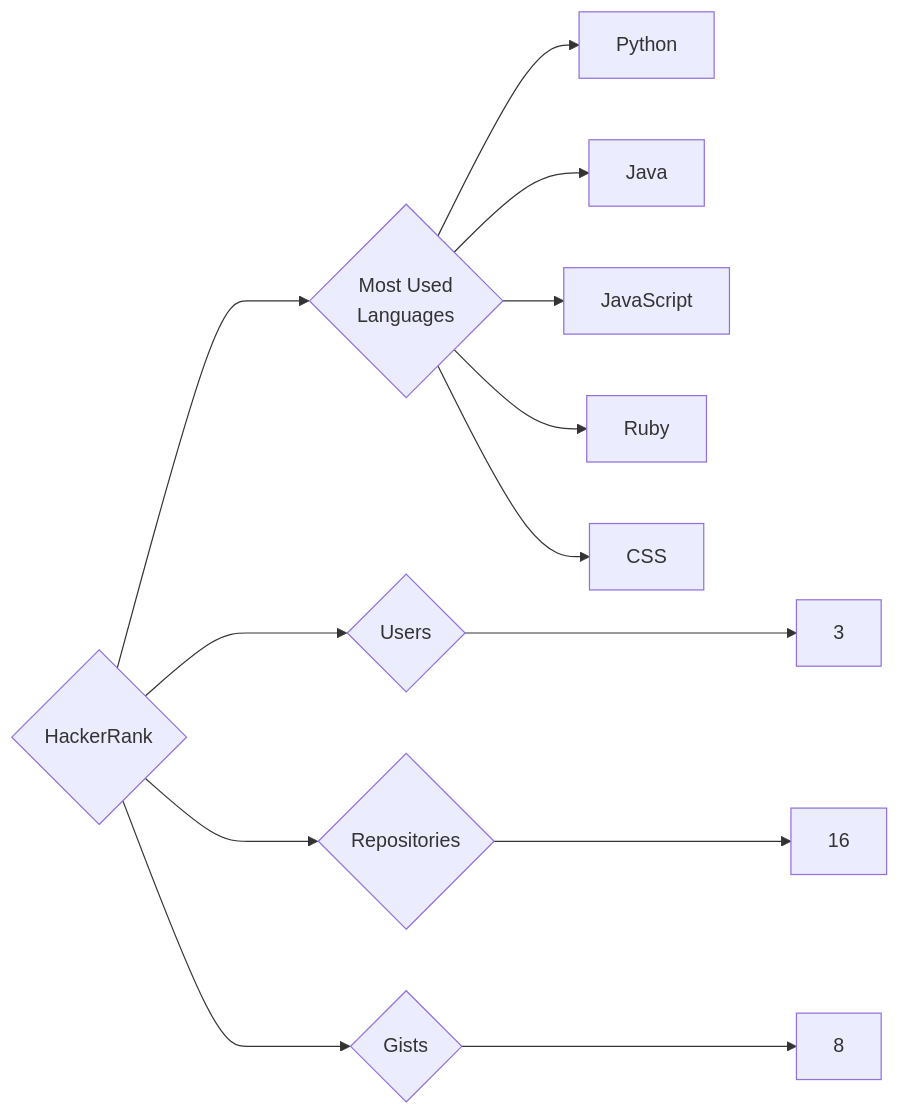
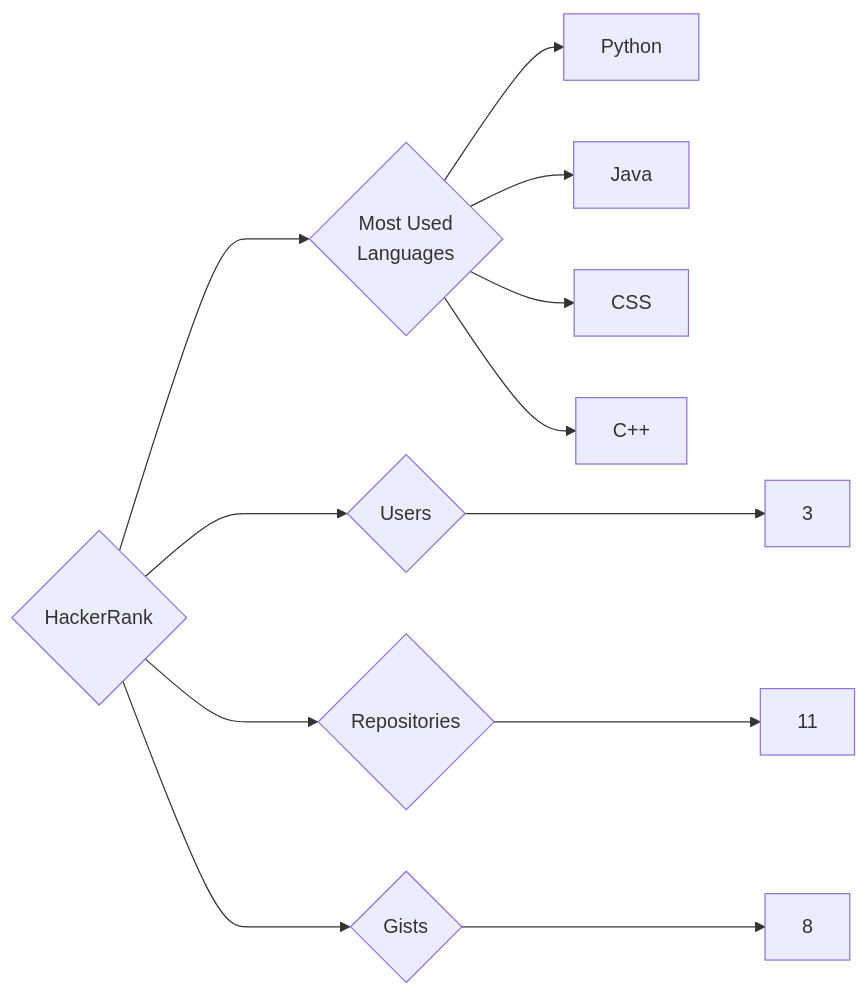
The diagram in targets/HackerRank/README.md (trickest/insiders), drawn with Mermaid before and after one commit. The commit also changed 772 other files, not shown here.

````diff
--- a/targets/HackerRank/README.md
+++ b/targets/HackerRank/README.md
@@ -3,13 +3,12 @@
 ```mermaid
 graph LR
 COMPANY_NAME{HackerRank}
 COMPANY_NAME ---> U{Users} ---> UN[3]
-COMPANY_NAME ---> R{Repositories} ---> RN[16]
+COMPANY_NAME ---> R{Repositories} ---> RN[11]
 COMPANY_NAME ---> G{Gists} ---> GN[8]
 COMPANY_NAME ---> ML{Most Used<br>Languages}
 ML --> Python[Python]
 ML --> Java[Java]
-ML --> JavaScript[JavaScript]
-ML --> Ruby[Ruby]
 ML --> CSS[CSS]
+ML --> C++[C++]
 ```
````
